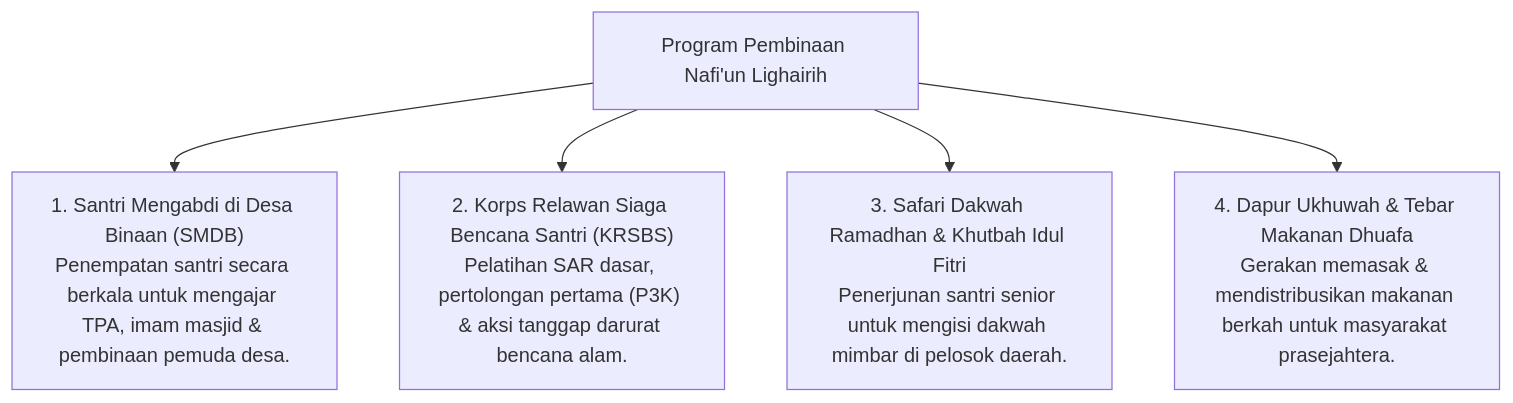
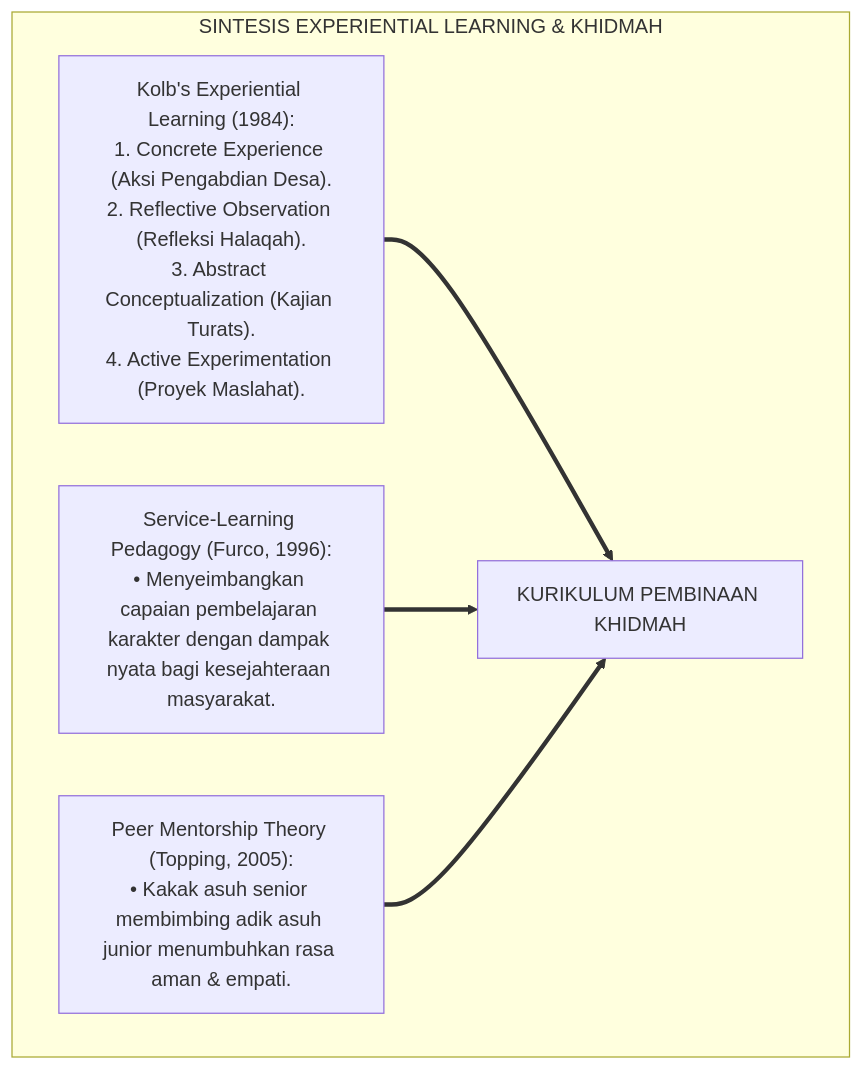
The third of 6 diagrams in 03 Capacity Framework/13 Nafi'un Lighairih/P3-13-11-Program-Pembinaan-dan-Halaqah.md (wandiapriliyandi/tumbuh), drawn with Mermaid before and after one commit. The commit also changed other lines of this file and 14 other files, not shown here.

Commit message:
docs(03-capacity): complete all 15 research monographs for 13 Nafi'un Lighairih

````diff
--- a/03 Capacity Framework/13 Nafi'un Lighairih/P3-13-11-Program-Pembinaan-dan-Halaqah.md
+++ b/03 Capacity Framework/13 Nafi'un Lighairih/P3-13-11-Program-Pembinaan-dan-Halaqah.md
@@ -10,9 +96,12 @@
 ```mermaid
-graph TD
-    Program["Program Pembinaan Nafi'un Lighairih"]
-    
-    Program --> P1["1. Santri Mengabdi di Desa Binaan (SMDB)<br/>Penempatan santri secara berkala untuk mengajar TPA, imam masjid & pembinaan pemuda desa."]
-    Program --> P2["2. Korps Relawan Siaga Bencana Santri (KRSBS)<br/>Pelatihan SAR dasar, pertolongan pertama (P3K) & aksi tanggap darurat bencana alam."]
-    Program --> P3["3. Safari Dakwah Ramadhan & Khutbah Idul Fitri<br/>Penerjunan santri senior untuk mengisi dakwah mimbar di pelosok daerah."]
-    Program --> P4["4. Dapur Ukhuwah & Tebar Makanan Dhuafa<br/>Gerakan memasak & mendistribusikan makanan berkah untuk masyarakat prasejahtera."]
+flowchart TD
+    subgraph SainsKolbDanServiceLearning["SINTESIS EXPERIENTIAL LEARNING & KHIDMAH"]
+        KolbCycle["Kolb's Experiential Learning (1984):<br/>1. Concrete Experience (Aksi Pengabdian Desa).<br/>2. Reflective Observation (Refleksi Halaqah).<br/>3. Abstract Conceptualization (Kajian Turats).<br/>4. Active Experimentation (Proyek Maslahat)."]
+        
+        ServiceLearningModel["Service-Learning Pedagogy (Furco, 1996):<br/>• Menyeimbangkan capaian pembelajaran karakter dengan dampak nyata bagi kesejahteraan masyarakat."]
+        
+        PeerMentorshipTheory["Peer Mentorship Theory (Topping, 2005):<br/>• Kakak asuh senior membimbing adik asuh junior menumbuhkan rasa aman & empati."]
+        
+        KolbCycle & ServiceLearningModel & PeerMentorshipTheory ==> DesainProgramTUMBUH["KURIKULUM PEMBINAAN KHIDMAH"]
+    end
 ```
````
